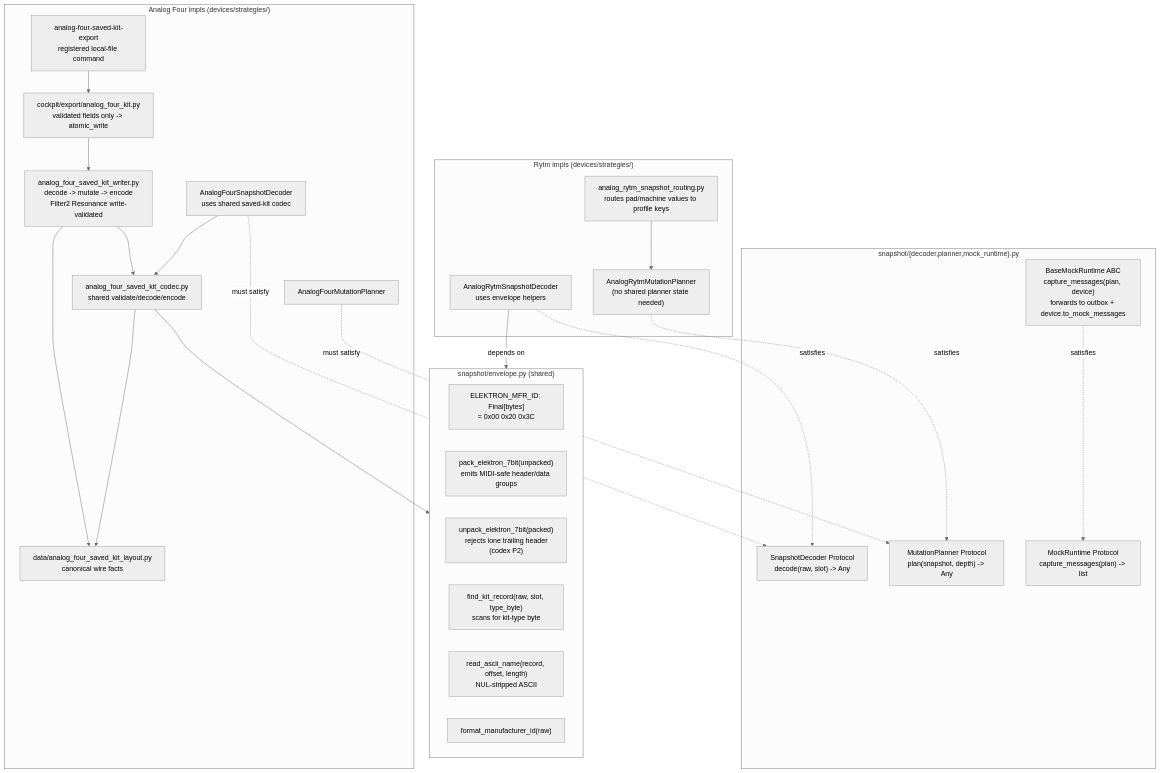
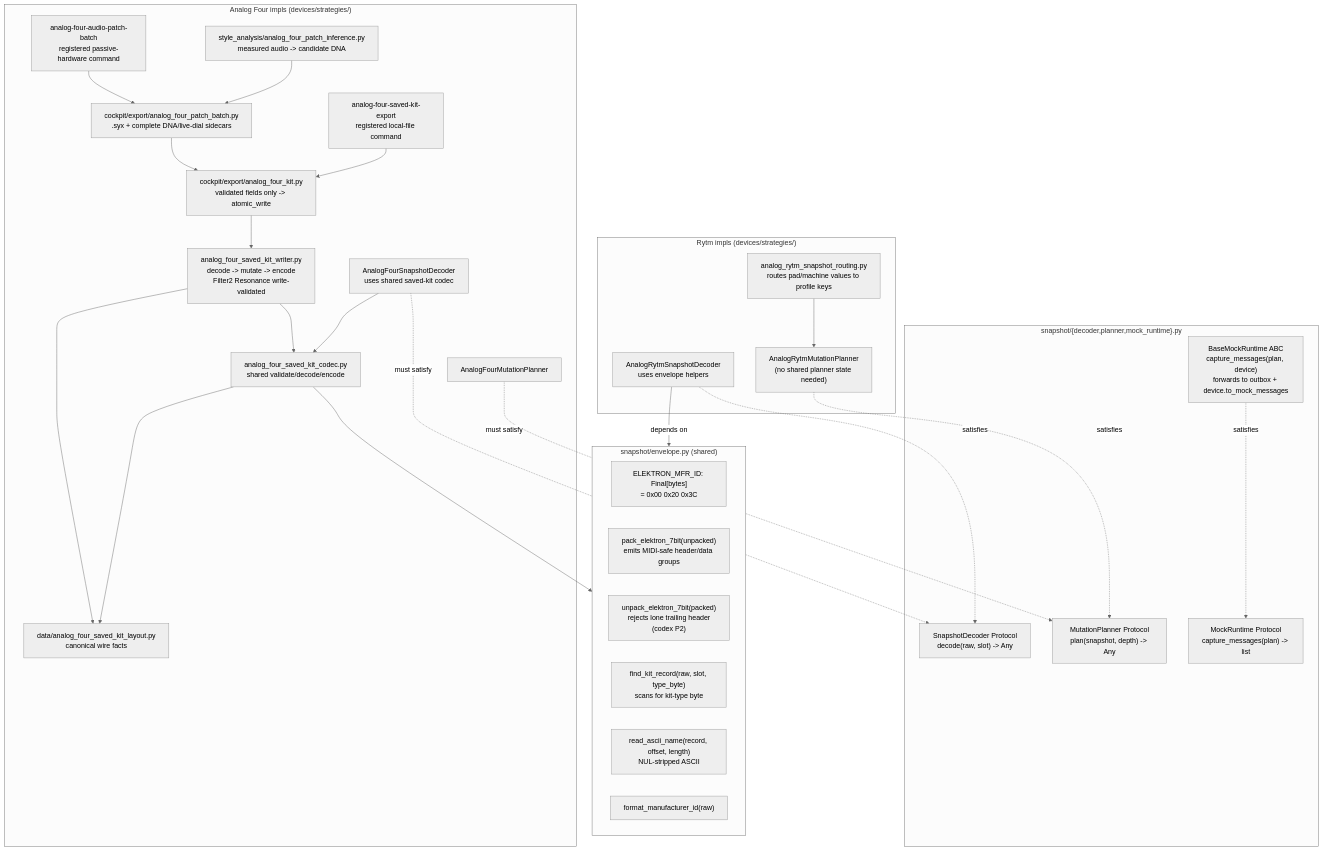
One commit to buzzijose-hub/RytmRandomizer changed the ninth of 34 diagrams in docs/ARCHITECTURE_DIAGRAMS.md. Above: the diagram before and after it, drawn with Mermaid (neutral theme). The commit also changed other lines of this file and 14 other files, not shown here.

Commit message:
feat: expose A4 audio patch batches

````diff
--- a/docs/ARCHITECTURE_DIAGRAMS.md
+++ b/docs/ARCHITECTURE_DIAGRAMS.md
@@ -714,51 +714,57 @@
 ```mermaid
 flowchart TB
     subgraph Envelope["snapshot/envelope.py (shared)"]
         MFR_ID["ELEKTRON_MFR_ID: Final[bytes]<br/>= 0x00 0x20 0x3C"]
         Pack["pack_elektron_7bit(unpacked)<br/>emits MIDI-safe header/data groups"]
         Unpack["unpack_elektron_7bit(packed)<br/>rejects lone trailing header<br/>(codex P2)"]
         FindKit["find_kit_record(raw, slot, type_byte)<br/>scans for kit-type byte"]
         ReadName["read_ascii_name(record, offset, length)<br/>NUL-stripped ASCII"]
         FormatID["format_manufacturer_id(raw)"]
     end
 
     subgraph Protocols["snapshot/{decoder,planner,mock_runtime}.py"]
         SD["SnapshotDecoder Protocol<br/>decode(raw, slot) -> Any"]
         MP_proto["MutationPlanner Protocol<br/>plan(snapshot, depth) -> Any"]
         MockProto["MockRuntime Protocol<br/>capture_messages(plan) -> list"]
         BaseMockRuntime["BaseMockRuntime ABC<br/>capture_messages(plan, device)<br/>forwards to outbox + device.to_mock_messages"]
     end
 
     subgraph RytmImpls["Rytm impls (devices/strategies/)"]
         RytmDecoder["AnalogRytmSnapshotDecoder<br/>uses envelope helpers"]
         RytmRouter["analog_rytm_snapshot_routing.py<br/>routes pad/machine values to profile keys"]
         RytmPlanner["AnalogRytmMutationPlanner<br/>(no shared planner state needed)"]
     end
 
     subgraph A4Impls["Analog Four impls (devices/strategies/)"]
         A4Layout["data/analog_four_saved_kit_layout.py<br/>canonical wire facts"]
         A4Codec["analog_four_saved_kit_codec.py<br/>shared validate/decode/encode"]
         A4Decoder["AnalogFourSnapshotDecoder<br/>uses shared saved-kit codec"]
         A4Planner["AnalogFourMutationPlanner"]
         A4Writer["analog_four_saved_kit_writer.py<br/>decode -> mutate -> encode<br/>Filter2 Resonance write-validated"]
         A4Export["cockpit/export/analog_four_kit.py<br/>validated fields only -> atomic_write"]
         A4Cli["analog-four-saved-kit-export<br/>registered local-file command"]
+        A4Inference["style_analysis/analog_four_patch_inference.py<br/>measured audio -> candidate DNA"]
+        A4Batch["cockpit/export/analog_four_patch_batch.py<br/>.syx + complete DNA/live-dial sidecars"]
+        A4BatchCli["analog-four-audio-patch-batch<br/>registered passive-hardware command"]
     end
 
     RytmDecoder -->|"depends on"| Envelope
     RytmDecoder -.satisfies.-> SD
     RytmRouter --> RytmPlanner
     RytmPlanner -.satisfies.-> MP_proto
 
     A4Codec --> Envelope
     A4Codec --> A4Layout
     A4Decoder --> A4Codec
     A4Decoder -.must satisfy.-> SD
     A4Planner -.must satisfy.-> MP_proto
     A4Writer --> A4Codec
     A4Writer --> A4Layout
     A4Export --> A4Writer
     A4Cli --> A4Export
+    A4Inference --> A4Batch
+    A4Batch --> A4Export
+    A4BatchCli --> A4Batch
 
     BaseMockRuntime -.satisfies.-> MockProto
 ```
````
